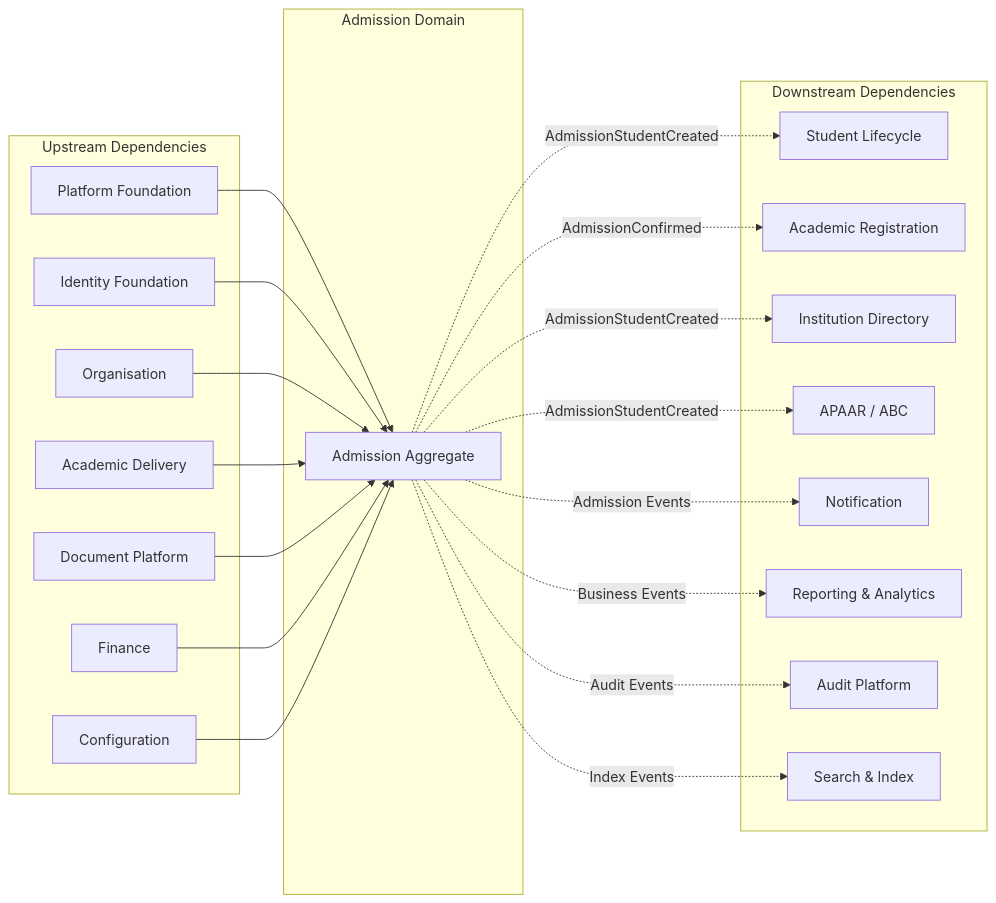
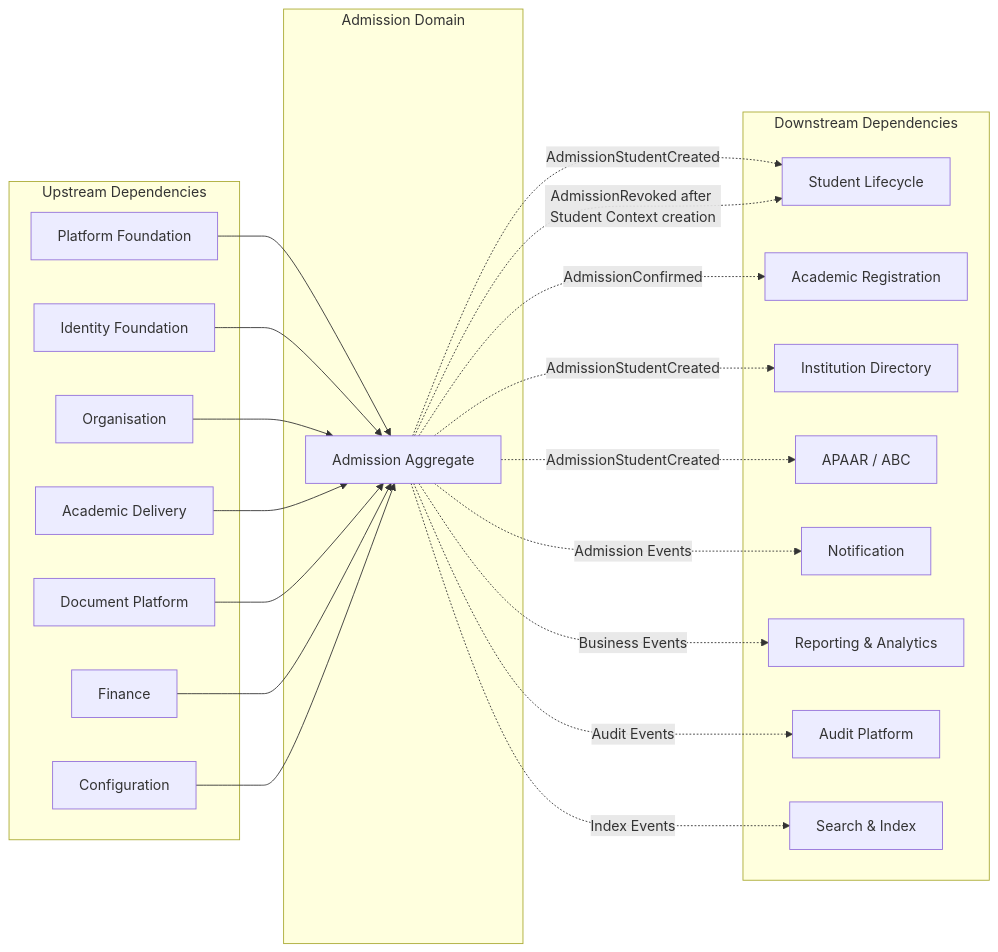
One commit to Varad1604/ERP_hark changed diagram 20 of 24 in architecture/L2_Domain_Workflow_Architecture/section-c/L2-C01_Admissions_Workflows.md. Above: the diagram before and after it, drawn with Mermaid. The commit also changed other lines of this file and 12 other files, not shown here.

```diff
--- a/architecture/L2_Domain_Workflow_Architecture/section-c/L2-C01_Admissions_Workflows.md
+++ b/architecture/L2_Domain_Workflow_Architecture/section-c/L2-C01_Admissions_Workflows.md
@@ -8496,6 +8504,7 @@
 %% ==========================================================
 
 ADM1 -. AdmissionStudentCreated .-> STU
+ADM1 -. AdmissionRevoked after Student Context creation .-> STU
 
 ADM1 -. AdmissionConfirmed .-> REG
 
```
